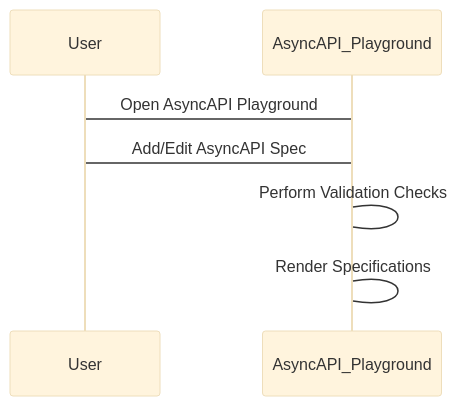
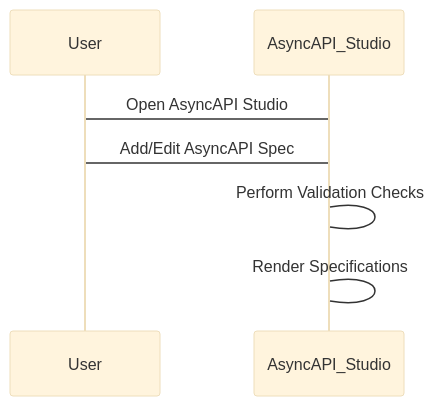
One commit to asyncapi/website changed the third of 3 diagrams in pages/docs/concepts/asyncapi-document/extending-specification.md. Above: the diagram before and after it, drawn with Mermaid (base theme). The commit also changed other lines of this file, not shown here.

````diff
--- a/pages/docs/concepts/asyncapi-document/extending-specification.md
+++ b/pages/docs/concepts/asyncapi-document/extending-specification.md
@@ -74,10 +86,10 @@
 ```mermaid
 sequenceDiagram
     participant User
-    participant AsyncAPI_Playground
+    participant AsyncAPI_Studio
 
-    User -> AsyncAPI_Playground: Open AsyncAPI Playground
-    User -> AsyncAPI_Playground: Add/Edit AsyncAPI Spec
-    AsyncAPI_Playground -> AsyncAPI_Playground: Perform Validation Checks
-    AsyncAPI_Playground -> AsyncAPI_Playground: Render Specifications
+    User -> AsyncAPI_Studio: Open AsyncAPI Studio
+    User -> AsyncAPI_Studio: Add/Edit AsyncAPI Spec
+    AsyncAPI_Studio -> AsyncAPI_Studio: Perform Validation Checks
+    AsyncAPI_Studio -> AsyncAPI_Studio: Render Specifications
 ```
````
